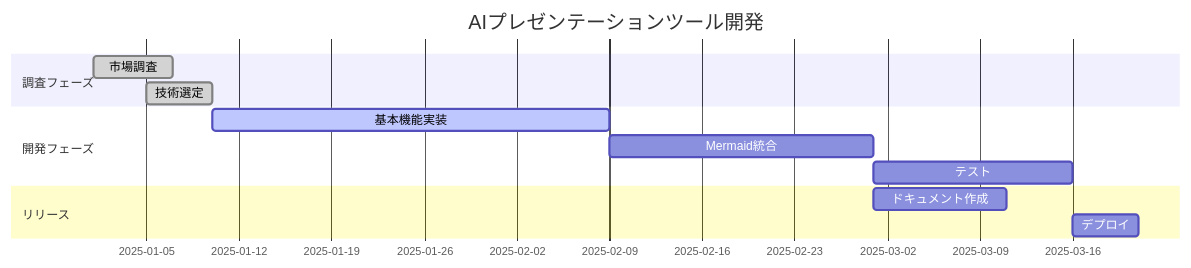
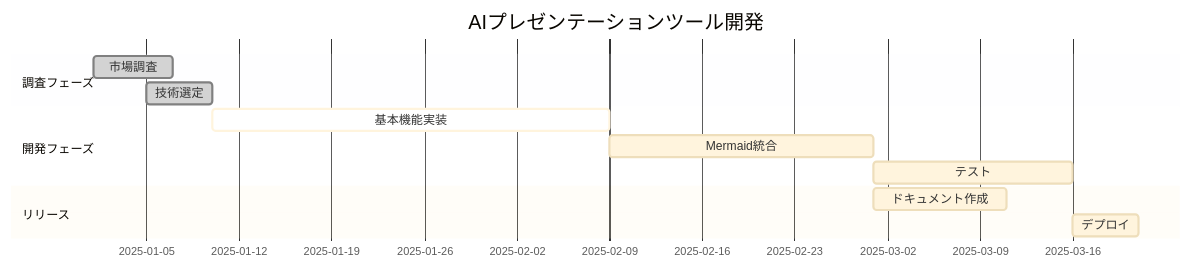
Before and after one commit to dobachi/AutoSlideIdea: the fourth of 8 diagrams in samples/mermaid-demo/slides.md, drawn with Mermaid. The commit also changed other lines of this file and 1 other file, not shown here.

First line of the commit message:
feat: 2カラムレイアウトとMermaid図のサイズ調整機能を追加

````diff
--- a/samples/mermaid-demo/slides.md
+++ b/samples/mermaid-demo/slides.md
@@ -93,18 +96,19 @@
 ```mermaid
+%%{init: {'theme':'base', 'themeVariables': { 'fontSize': '12px'}}}%%
 gantt
     title AIプレゼンテーションツール開発
     dateFormat  YYYY-MM-DD
     
     section 調査フェーズ
     市場調査           :done,    des1, 2025-01-01, 2025-01-07
     技術選定           :done,    des2, 2025-01-05, 2025-01-10
     
     section 開発フェーズ
     基本機能実装       :active,  dev1, 2025-01-10, 30d
     Mermaid統合        :         dev2, after dev1, 20d
     テスト             :         test, after dev2, 15d
     
     section リリース
     ドキュメント作成   :         doc,  after dev2, 10d
     デプロイ           :         dep,  after test, 5d
 ```
````
